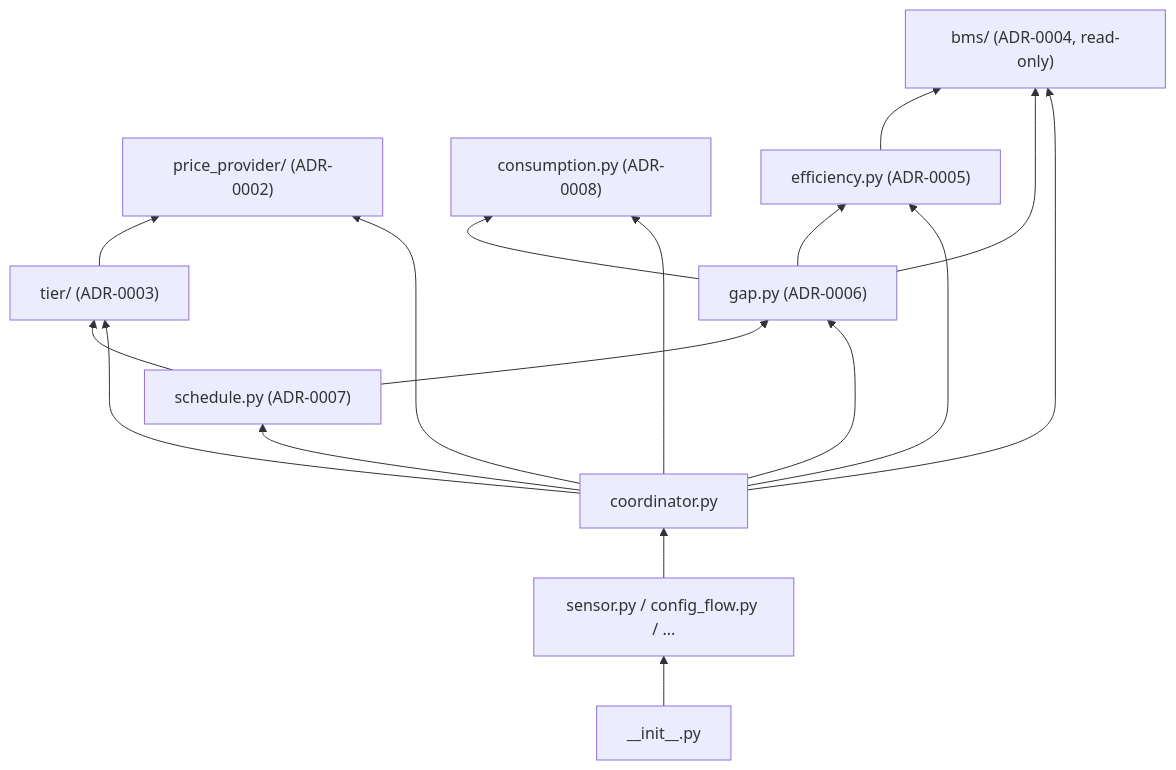
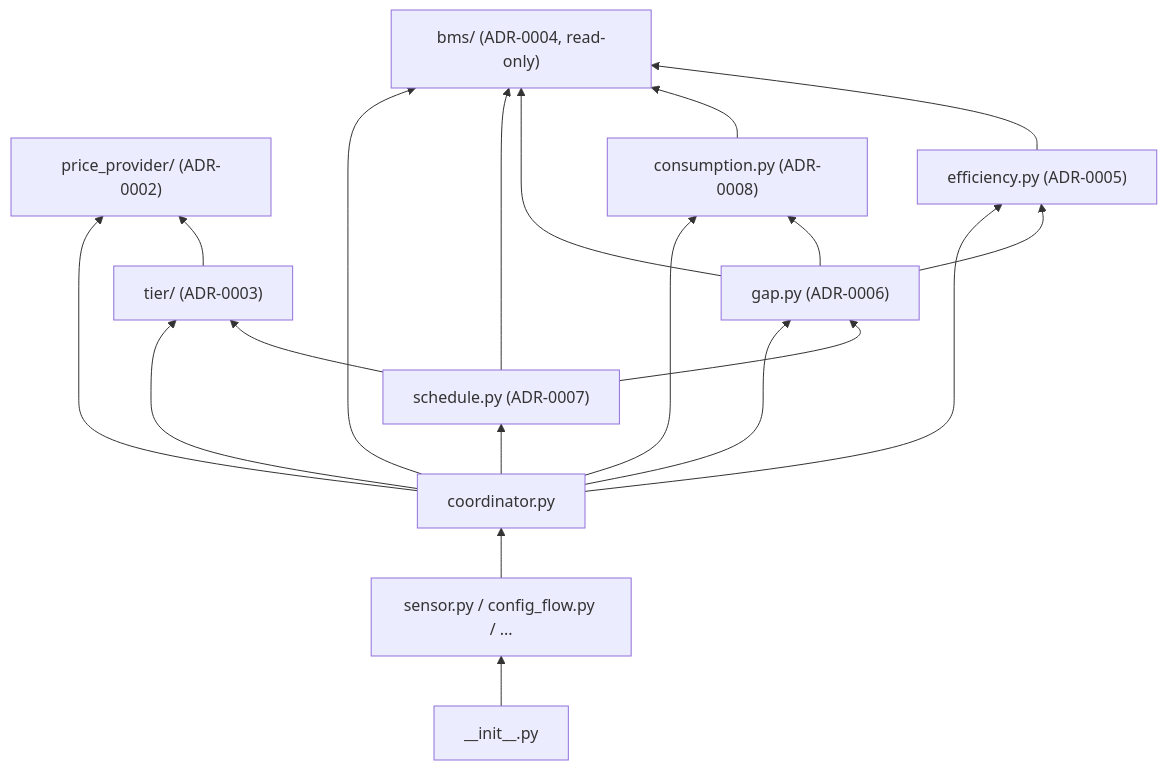
Before and after one commit to eschnepel/chargy: the diagram in adr/ADR-0001-project-conventions.md, drawn with Mermaid. The commit also changed other lines of this file and 9 other files, not shown here.

````diff
--- a/adr/ADR-0001-project-conventions.md
+++ b/adr/ADR-0001-project-conventions.md
@@ -42,30 +42,32 @@
 ```mermaid
 flowchart BT
     price_provider["price_provider/ (ADR-0002)"]
     tier["tier/ (ADR-0003)"]
     bms["bms/ (ADR-0004, read-only)"]
     consumption["consumption.py (ADR-0008)"]
     efficiency["efficiency.py (ADR-0005)"]
     gap["gap.py (ADR-0006)"]
     schedule["schedule.py (ADR-0007)"]
     coordinator["coordinator.py"]
     entity_glue["sensor.py / config_flow.py / ..."]
     init["__init__.py"]
 
     tier --> price_provider
     efficiency --> bms
+    consumption --> bms
     gap --> bms
     gap --> consumption
     gap --> efficiency
     schedule --> tier
     schedule --> gap
+    schedule --> bms
     coordinator --> price_provider
     coordinator --> tier
     coordinator --> bms
     coordinator --> consumption
     coordinator --> efficiency
     coordinator --> gap
     coordinator --> schedule
     entity_glue --> coordinator
     init --> entity_glue
 ```
````
